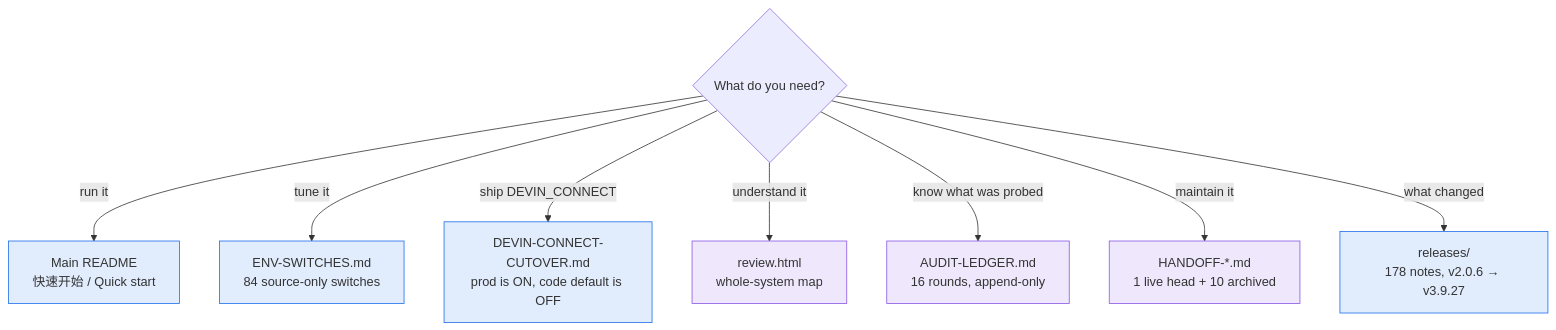
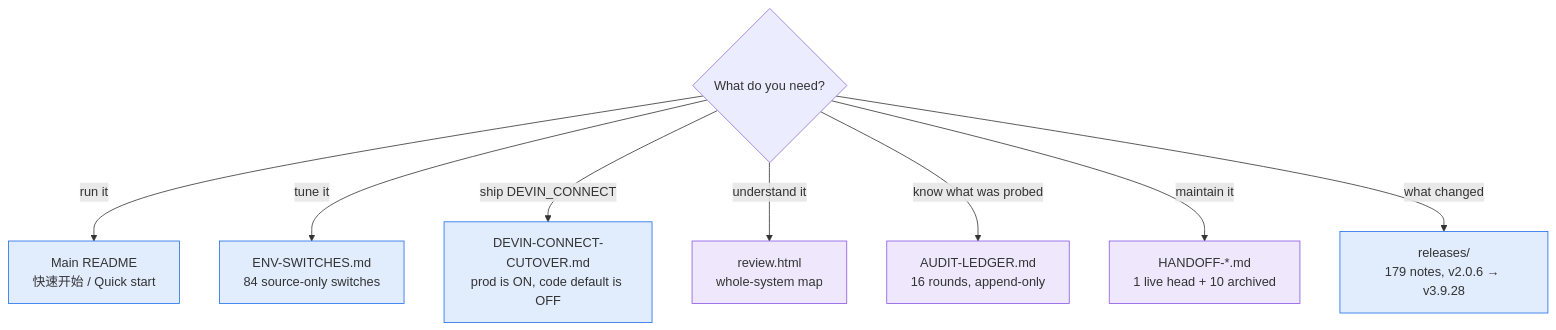
One commit to CORCTON/WindsurfAPI changed the diagram in docs/README.md. Above: the diagram before and after it, drawn with Mermaid. The commit also changed other lines of this file and 5 other files, not shown here.

````diff
--- a/docs/README.md
+++ b/docs/README.md
@@ -15,16 +15,16 @@
 ```mermaid
 flowchart TD
     Q{"What do you need?"}
     Q -->|"run it"| RUN["Main README<br/>快速开始 / Quick start"]
     Q -->|"tune it"| OPS["ENV-SWITCHES.md<br/>84 source-only switches"]
     Q -->|"ship DEVIN_CONNECT"| CUT["DEVIN-CONNECT-CUTOVER.md<br/>prod is ON, code default is OFF"]
     Q -->|"understand it"| ARCH["review.html<br/>whole-system map"]
     Q -->|"know what was probed"| LED["AUDIT-LEDGER.md<br/>16 rounds, append-only"]
     Q -->|"maintain it"| HO["HANDOFF-*.md<br/>1 live head + 10 archived"]
-    Q -->|"what changed"| REL["releases/<br/>178 notes, v2.0.6 → v3.9.27"]
+    Q -->|"what changed"| REL["releases/<br/>179 notes, v2.0.6 → v3.9.28"]
 
     classDef user fill:#1f6feb22,stroke:#1f6feb
     classDef maint fill:#8957e522,stroke:#8957e5
     class RUN,OPS,CUT,REL user
     class ARCH,LED,HO maint
 ```
````
